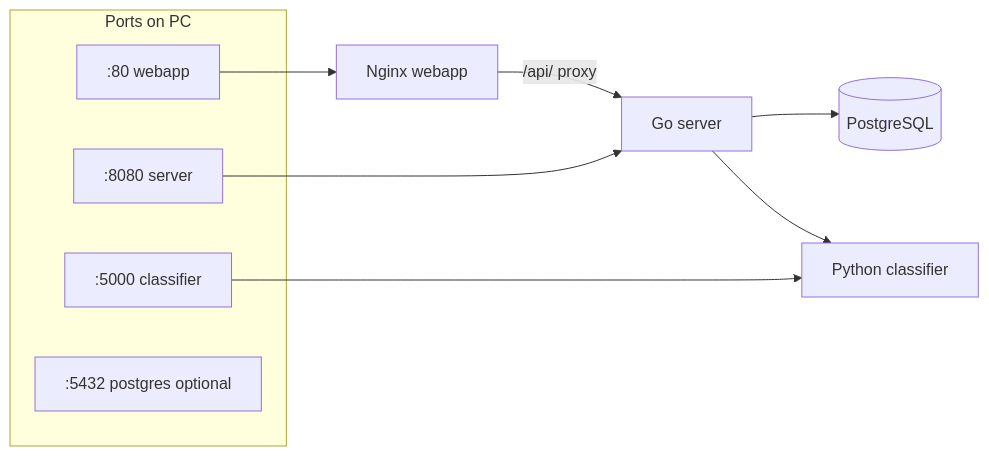
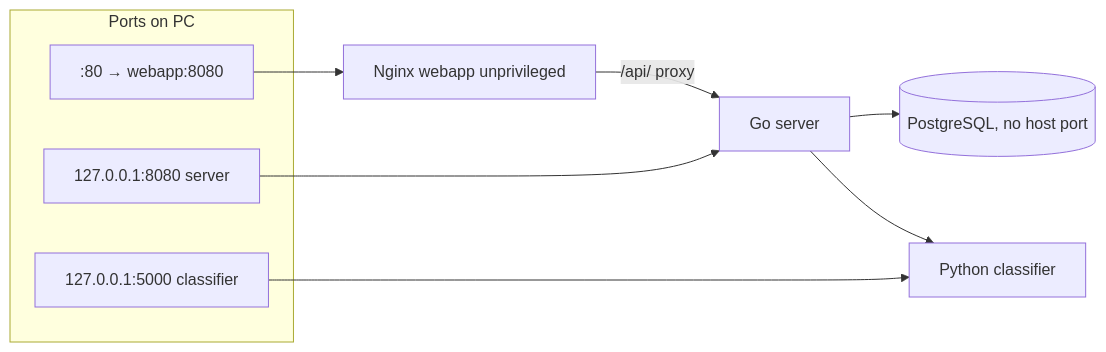
The diagram in docs/knowledge-base/docker-overview.md (kantik001/grounded_horticulture_en), drawn with Mermaid before and after one commit. The commit also changed other lines of this file and 25 other files, not shown here.

````diff
--- a/docs/knowledge-base/docker-overview.md
+++ b/docs/knowledge-base/docker-overview.md
@@ -10,20 +10,19 @@
 ```mermaid
 flowchart LR
     subgraph host [Ports on PC]
-        P80[":80 webapp"]
-        P8080[":8080 server"]
-        P5000[":5000 classifier"]
-        P5432[":5432 postgres optional"]
+        P80[":80 → webapp:8080"]
+        P8080["127.0.0.1:8080 server"]
+        P5000["127.0.0.1:5000 classifier"]
     end
-    webapp[Nginx webapp]
+    webapp[Nginx webapp unprivileged]
     server[Go server]
     classifier[Python classifier]
-    db[(PostgreSQL)]
+    db[(PostgreSQL, no host port)]
 
     P80 --> webapp
     webapp -->|/api/ proxy| server
     P8080 --> server
     server --> db
     server --> classifier
     P5000 --> classifier
 ```
````
